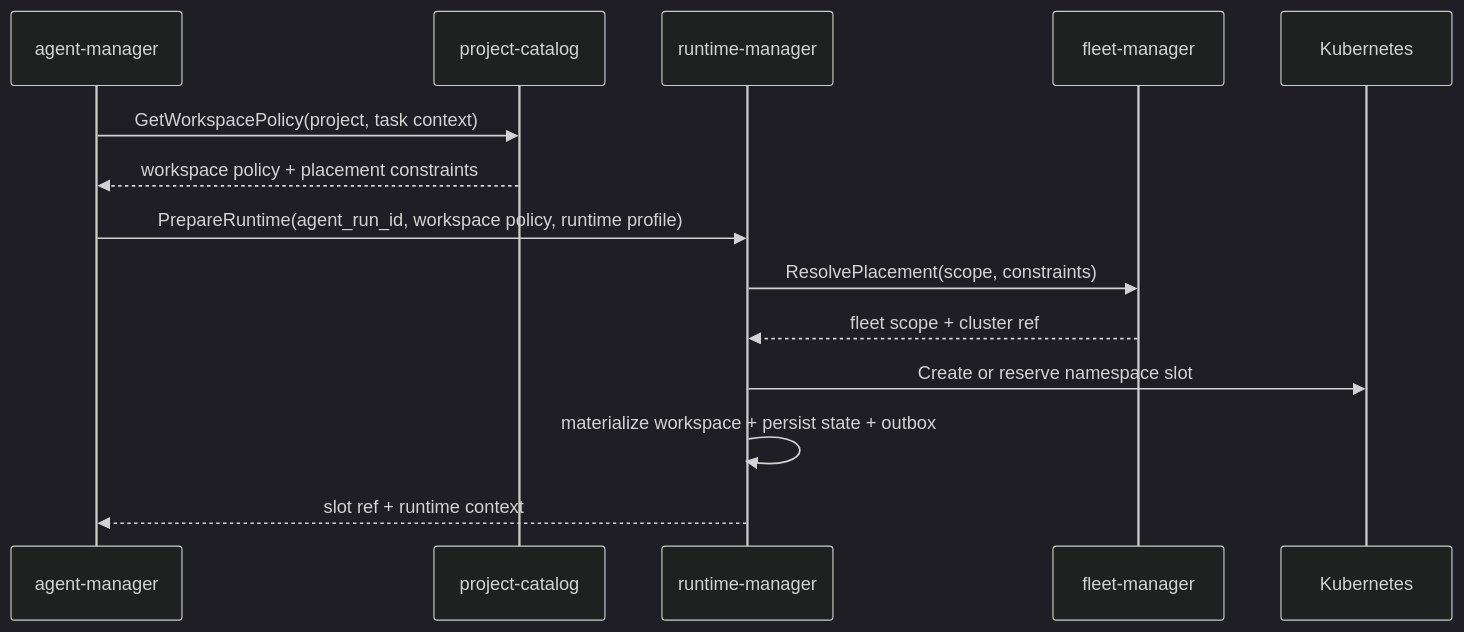
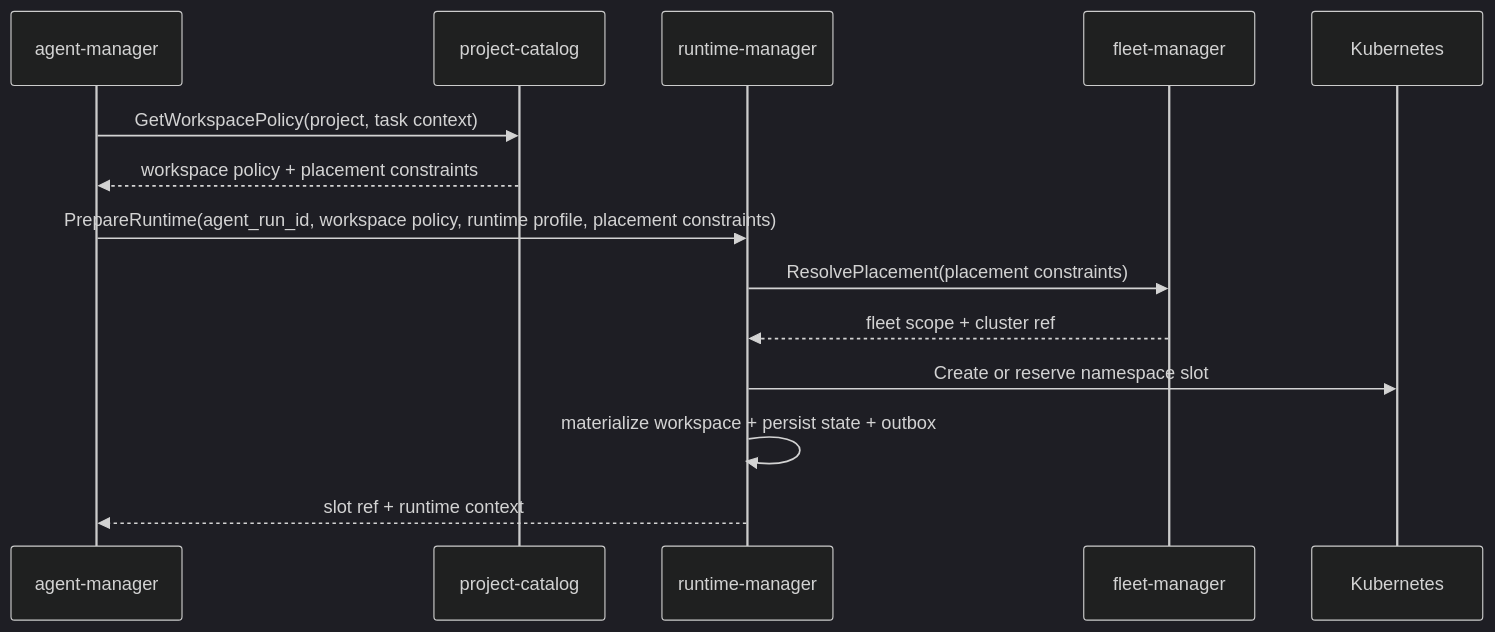
The first of 3 diagrams in docs/domains/runtime-and-fleet/architecture/design.md (codex-k8s/kodex), drawn with Mermaid (dark theme) before and after one commit. The commit also changed 3 other files, not shown here.

Commit message:
Clarify runtime placement boundary

````diff
--- a/docs/domains/runtime-and-fleet/architecture/design.md
+++ b/docs/domains/runtime-and-fleet/architecture/design.md
@@ -74,16 +74,16 @@
 ```mermaid
 sequenceDiagram
   participant AM as agent-manager
   participant PC as project-catalog
   participant R as runtime-manager
   participant F as fleet-manager
   participant K as Kubernetes
   AM->>PC: GetWorkspacePolicy(project, task context)
   PC-->>AM: workspace policy + placement constraints
-  AM->>R: PrepareRuntime(agent_run_id, workspace policy, runtime profile)
-  R->>F: ResolvePlacement(scope, constraints)
+  AM->>R: PrepareRuntime(agent_run_id, workspace policy, runtime profile, placement constraints)
+  R->>F: ResolvePlacement(placement constraints)
   F-->>R: fleet scope + cluster ref
   R->>K: Create or reserve namespace slot
   R->>R: materialize workspace + persist state + outbox
   R-->>AM: slot ref + runtime context
 ```
````
